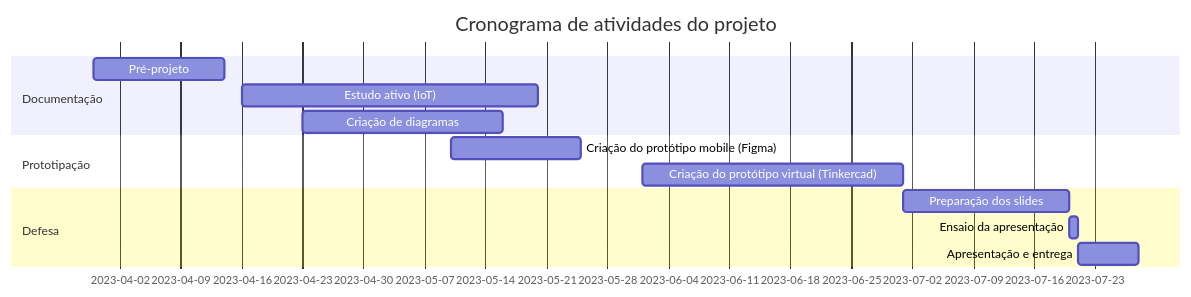
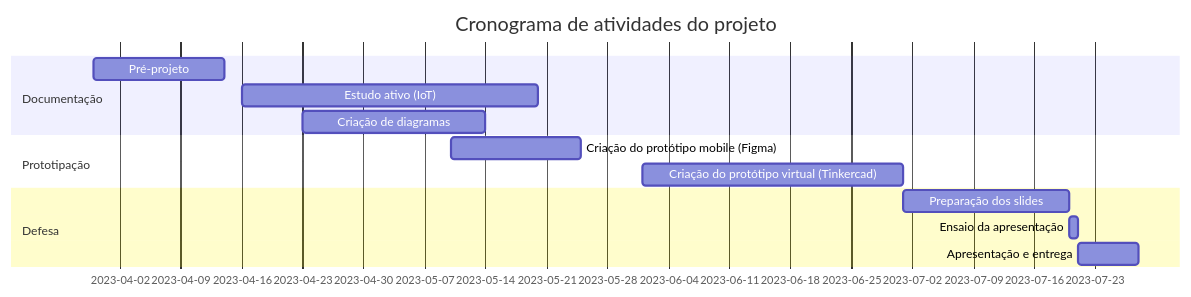
The diagram in README.md (AgathaSena/Projeto-Integrador-II), drawn with Mermaid before and after one commit.

Commit message:
fix:diagramas

````diff
--- a/README.md
+++ b/README.md
@@ -6,16 +6,16 @@
  ```mermaid
     gantt
     title Cronograma de atividades do projeto
     dateFormat  YYYY-MM-DD
     section Documentação
     Pré-projeto     :a1,  2023-03-30, 15d
     Estudo ativo (IoT)  :a2, 2023-04-16, 34d
-    Criação de diagramas     :       c1,  2023-04-23, 23d
+    Criação de diagramas     :       c1,  2023-04-23, 21d
     section Prototipação
     Criação do protótipo mobile (Figma)      :c2,    2023-05-10, 15d
     Criação do protótipo virtual (Tinkercad)      :c3,    2023-06-01, 30d
     section Defesa
     Preparação dos slides :p1, after c3, 19d
     Ensaio da apresentação :p2, after p1, 01d
     Apresentação e entrega  :p3, after p2, 07d
 ``` 
````
